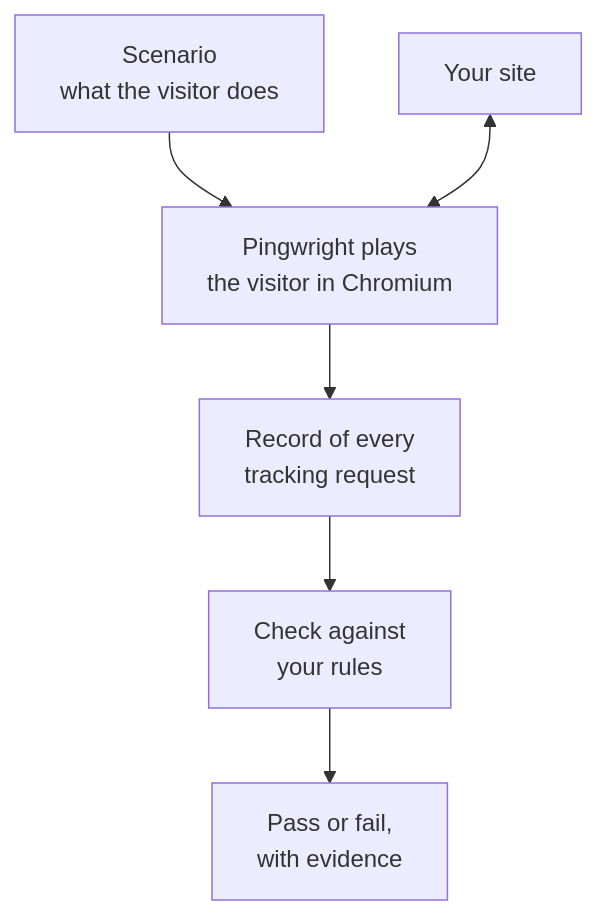
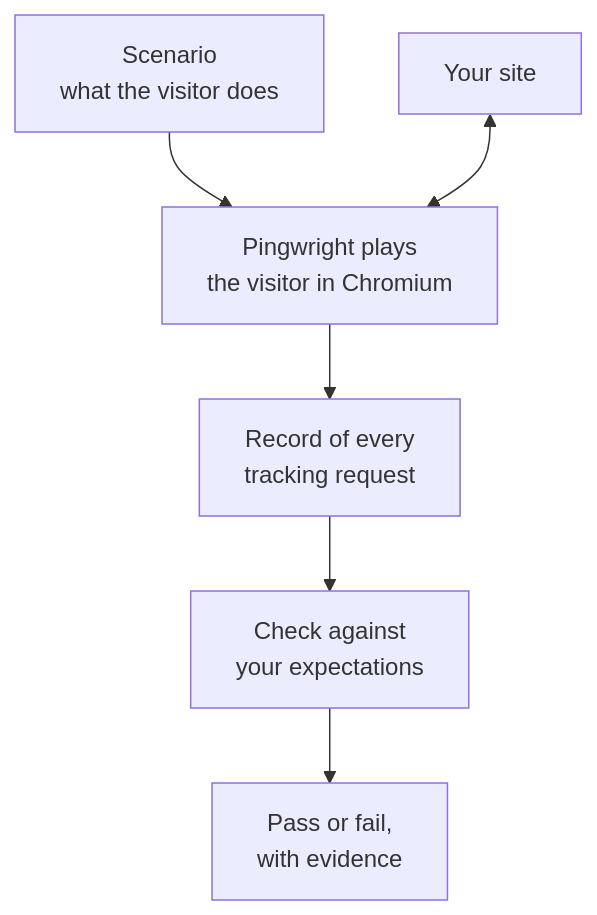
The first of 3 diagrams in docs/guide/what-it-checks.md (alfhen/pingwright), drawn with Mermaid before and after one commit. The commit also changed other lines of this file and 5 other files, not shown here.

Commit message:
Fix review round 1: real sample output, stub mode text, diagram scale, term definitions, stronger lazy-load test

````diff
--- a/docs/guide/what-it-checks.md
+++ b/docs/guide/what-it-checks.md
@@ -11,8 +11,8 @@
 ```mermaid
 flowchart TB
   scenario["Scenario<br/>what the visitor does"] --> browser["Pingwright plays<br/>the visitor in Chromium"]
   site["Your site"] <--> browser
   browser --> record["Record of every<br/>tracking request"]
-  record --> check["Check against<br/>your rules"]
+  record --> check["Check against<br/>your expectations"]
   check --> result["Pass or fail,<br/>with evidence"]
 ```
````
